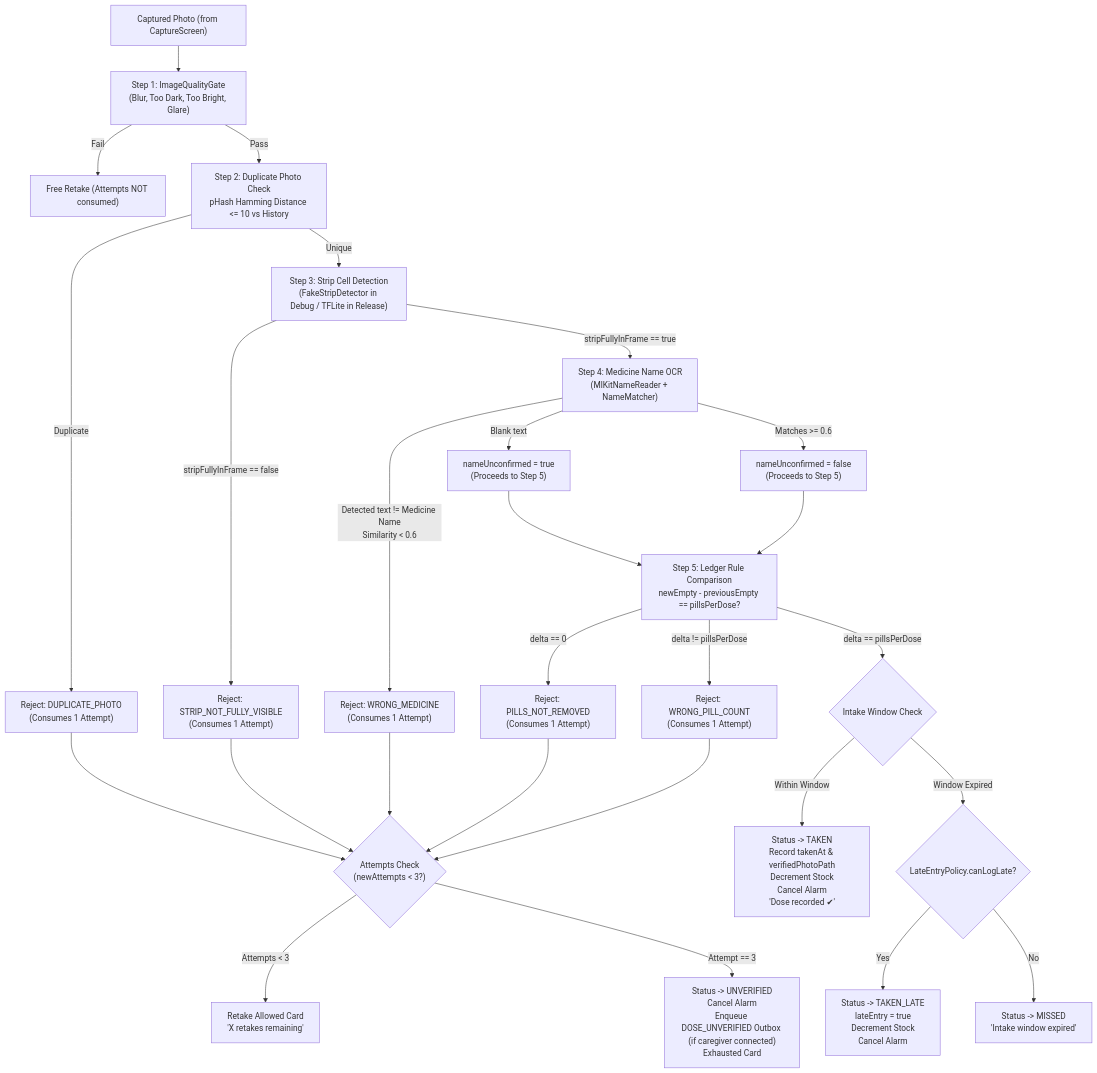
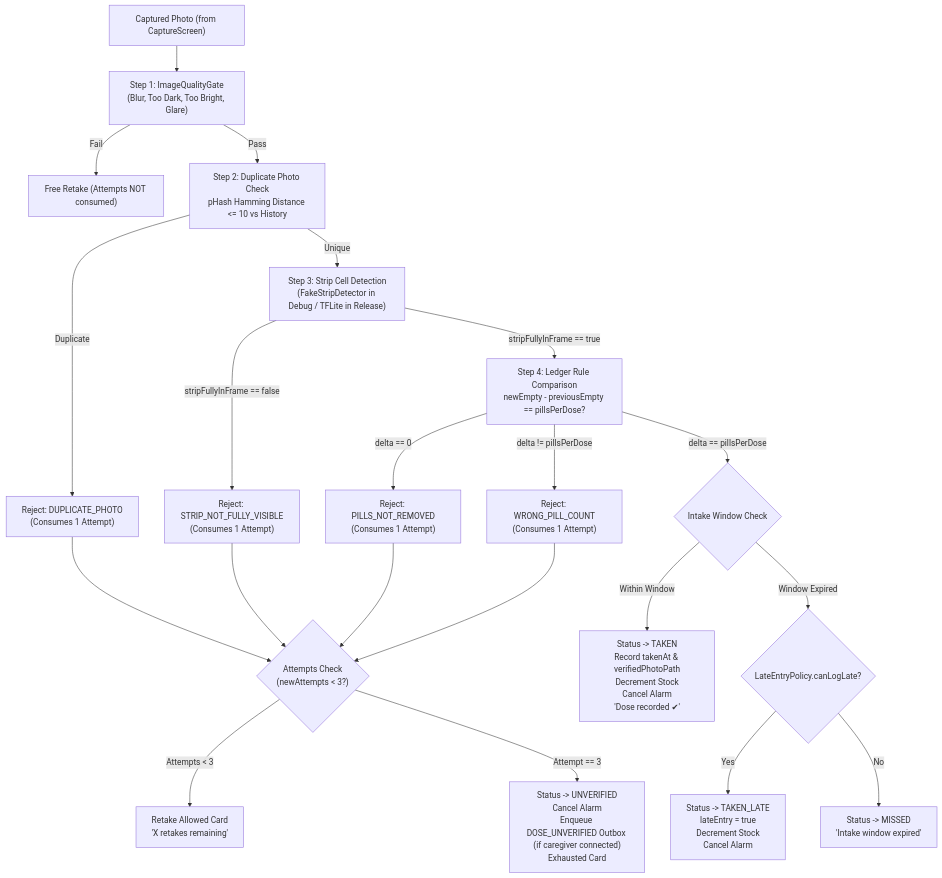
Before and after one commit to bhukyabhargav/medi_tracker: the diagram in docs/verification/STAGE_6_VERIFY.md, drawn with Mermaid. The commit also changed other lines of this file and 12 other files, not shown here.

Commit message:
Completely remove medicine-name matching from dose verification pipeline

````diff
--- a/docs/verification/STAGE_6_VERIFY.md
+++ b/docs/verification/STAGE_6_VERIFY.md
@@ -11,37 +13,30 @@
 ```mermaid
 flowchart TD
     Photo["Captured Photo (from CaptureScreen)"] --> Quality["Step 1: ImageQualityGate\n(Blur, Too Dark, Too Bright, Glare)"]
     Quality -->|Fail| QualityFail["Free Retake (Attempts NOT consumed)"]
     
     Quality -->|Pass| DupCheck["Step 2: Duplicate Photo Check\npHash Hamming Distance <= 10 vs History"]
     DupCheck -->|Duplicate| DupFail["Reject: DUPLICATE_PHOTO\n(Consumes 1 Attempt)"]
     
     DupCheck -->|Unique| CellDet["Step 3: Strip Cell Detection\n(FakeStripDetector in Debug / TFLite in Release)"]
     CellDet -->|stripFullyInFrame == false| FrameFail["Reject: STRIP_NOT_FULLY_VISIBLE\n(Consumes 1 Attempt)"]
     
-    CellDet -->|stripFullyInFrame == true| OCR["Step 4: Medicine Name OCR\n(MlKitNameReader + NameMatcher)"]
-    OCR -->|Detected text != Medicine Name\nSimilarity < 0.6| WrongMed["Reject: WRONG_MEDICINE\n(Consumes 1 Attempt)"]
-    OCR -->|Blank text| BlankText["nameUnconfirmed = true\n(Proceeds to Step 5)"]
-    OCR -->|Matches >= 0.6| OcrPass["nameUnconfirmed = false\n(Proceeds to Step 5)"]
-    
-    BlankText --> Ledger["Step 5: Ledger Rule Comparison\nnewEmpty - previousEmpty == pillsPerDose?"]
-    OcrPass --> Ledger
+    CellDet -->|stripFullyInFrame == true| Ledger["Step 4: Ledger Rule Comparison\nnewEmpty - previousEmpty == pillsPerDose?"]
     
     Ledger -->|delta == 0| ZeroPills["Reject: PILLS_NOT_REMOVED\n(Consumes 1 Attempt)"]
     Ledger -->|delta != pillsPerDose| CountFail["Reject: WRONG_PILL_COUNT\n(Consumes 1 Attempt)"]
     
     DupFail --> StrikeCounter{"Attempts Check\n(newAttempts < 3?)"}
     FrameFail --> StrikeCounter
-    WrongMed --> StrikeCounter
     ZeroPills --> StrikeCounter
     CountFail --> StrikeCounter
     
     StrikeCounter -->|Attempts < 3| RetryAllowed["Retake Allowed Card\n'X retakes remaining'"]
     StrikeCounter -->|Attempt == 3| ThreeStrikes["Status -> UNVERIFIED\nCancel Alarm\nEnqueue DOSE_UNVERIFIED Outbox (if caregiver connected)\nExhausted Card"]
     
     Ledger -->|delta == pillsPerDose| PassWindow{"Intake Window Check"}
     PassWindow -->|Within Window| PassTaken["Status -> TAKEN\nRecord takenAt & verifiedPhotoPath\nDecrement Stock\nCancel Alarm\n'Dose recorded ✔'"]
     PassWindow -->|Window Expired| LateCheck{"LateEntryPolicy.canLogLate?"}
     LateCheck -->|Yes| LateTaken["Status -> TAKEN_LATE\nlateEntry = true\nDecrement Stock\nCancel Alarm"]
     LateCheck -->|No| MissedDose["Status -> MISSED\n'Intake window expired'"]
 ```
````
